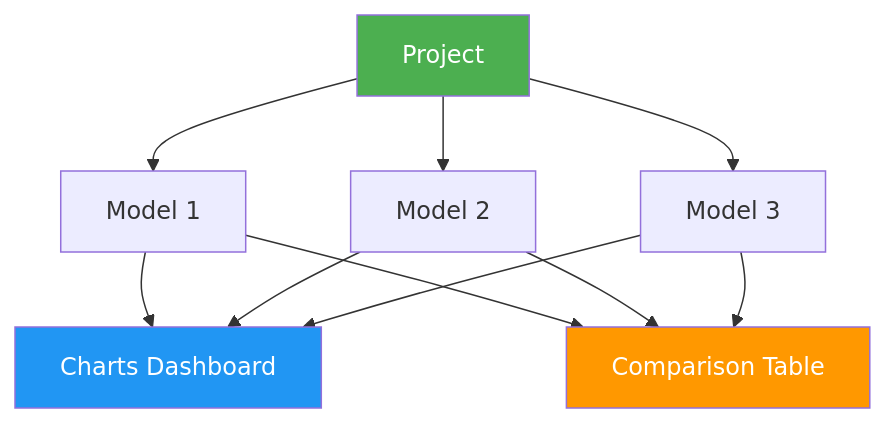
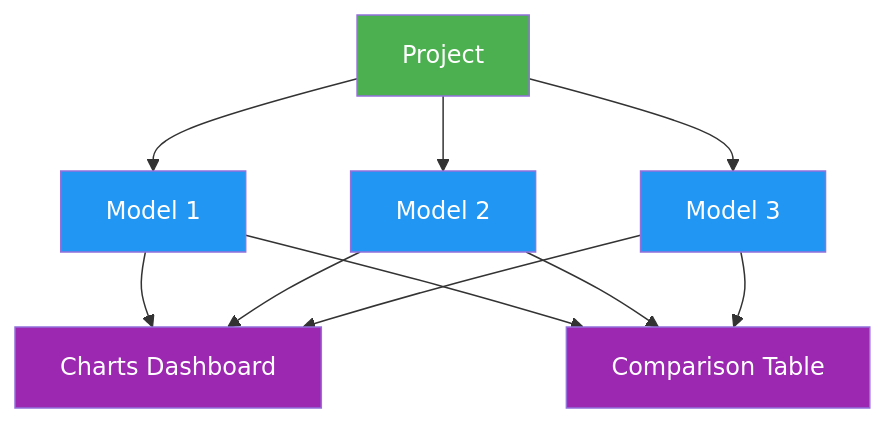
Before and after one commit to Dadalia1917/Yolo-RT-DETR-TrainCode: the diagram in docs/en/platform/train/projects.md, drawn with Mermaid. The commit also changed other lines of this file and 767 other files, not shown here.

````diff
--- a/docs/en/platform/train/projects.md
+++ b/docs/en/platform/train/projects.md
@@ -11,16 +12,16 @@
 ```mermaid
 graph TB
-    P[Project] --> M1[Model 1]
-    P --> M2[Model 2]
-    P --> M3[Model 3]
-    M1 --> C[Charts Dashboard]
+    P[Project]:::start --> M1[Model 1]:::proc
+    P --> M2[Model 2]:::proc
+    P --> M3[Model 3]:::proc
+    M1 --> C[Charts Dashboard]:::out
     M2 --> C
     M3 --> C
-    M1 --> T[Comparison Table]
+    M1 --> T[Comparison Table]:::out
     M2 --> T
     M3 --> T
 
-    style P fill:#4CAF50,color:#fff
-    style C fill:#2196F3,color:#fff
-    style T fill:#FF9800,color:#fff
+    classDef start fill:#4CAF50,color:#fff
+    classDef proc fill:#2196F3,color:#fff
+    classDef out fill:#9C27B0,color:#fff
 ```
````
